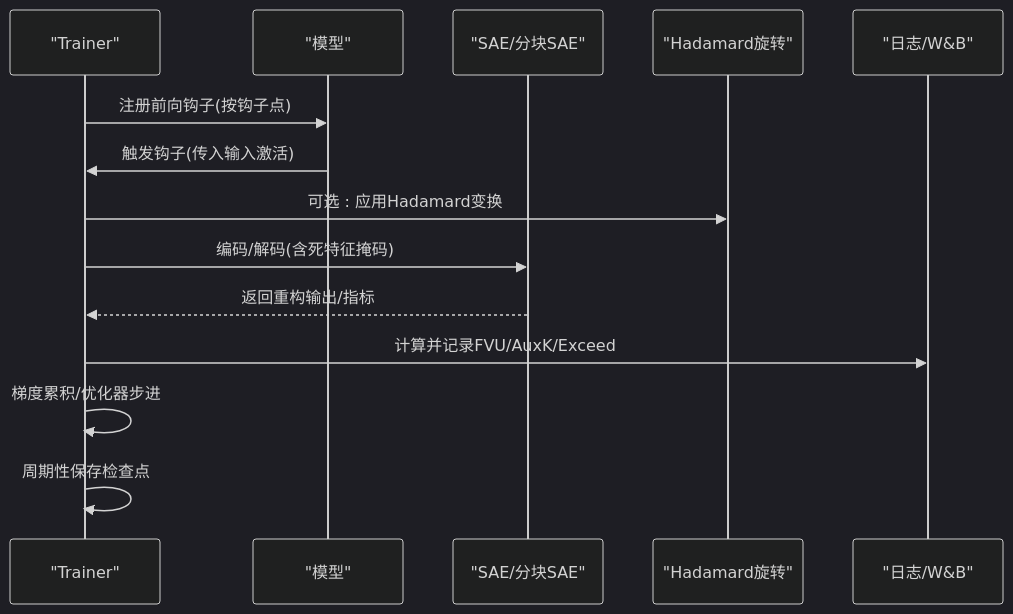
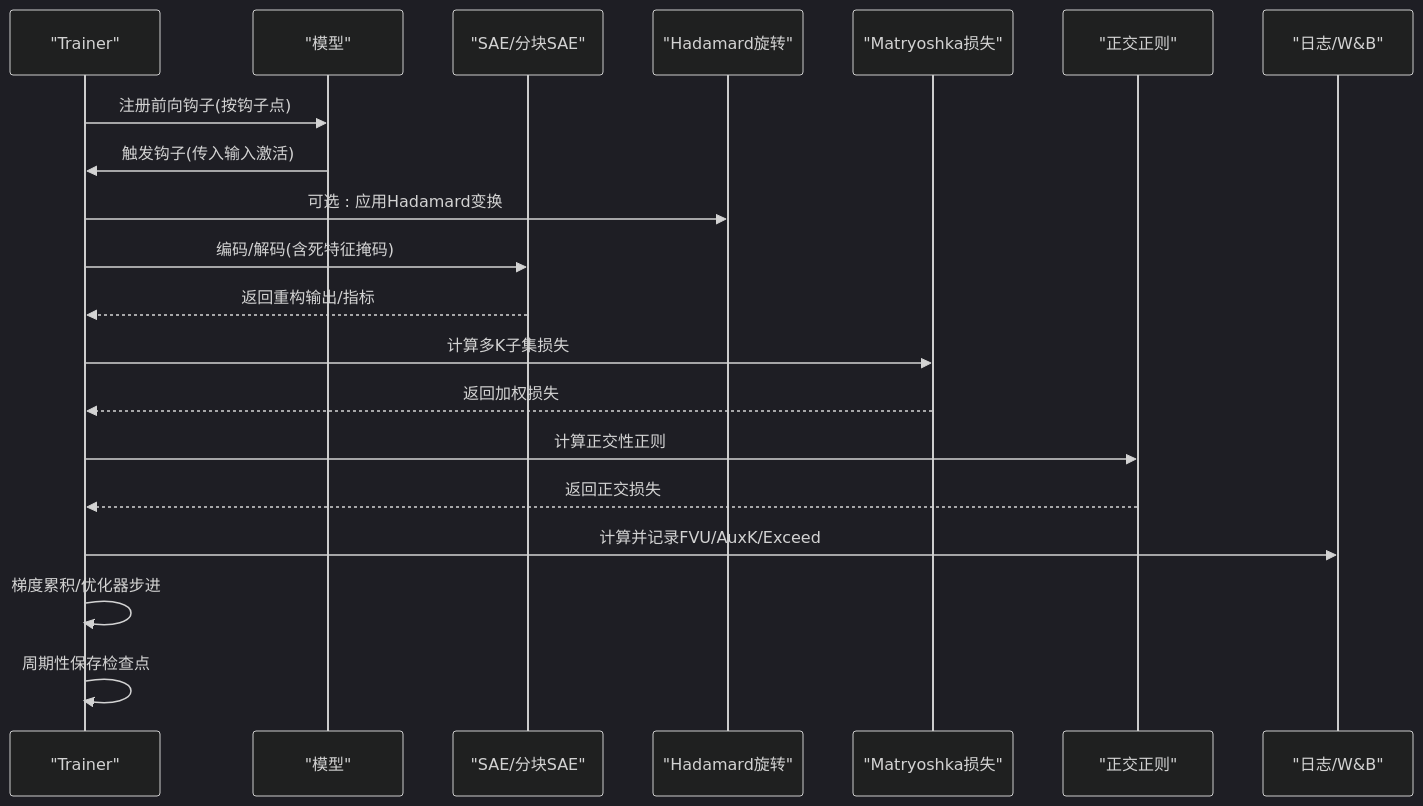
The fourth of 6 diagrams in .qoder/repowiki/zh/content/训练系统/配置管理系统.md (duanzhaol/sparsify), drawn with Mermaid (dark theme) before and after one commit. The commit also changed other lines of this file and 5 other files, not shown here.

````diff
--- a/.qoder/repowiki/zh/content/训练系统/配置管理系统.md
+++ b/.qoder/repowiki/zh/content/训练系统/配置管理系统.md
@@ -204,16 +254,22 @@
 ```mermaid
 sequenceDiagram
 participant TR as "Trainer"
 participant MP as "模型"
 participant SAE as "SAE/分块SAE"
 participant HAD as "Hadamard旋转"
+participant MAT as "Matryoshka损失"
+participant ORTHO as "正交正则"
 participant LOG as "日志/W&B"
 TR->>MP : 注册前向钩子(按钩子点)
 MP->>TR : 触发钩子(传入输入激活)
 TR->>HAD : 可选 : 应用Hadamard变换
 TR->>SAE : 编码/解码(含死特征掩码)
 SAE-->>TR : 返回重构输出/指标
+TR->>MAT : 计算多K子集损失
+MAT-->>TR : 返回加权损失
+TR->>ORTHO : 计算正交性正则
+ORTHO-->>TR : 返回正交损失
 TR->>LOG : 计算并记录FVU/AuxK/Exceed
 TR->>TR : 梯度累积/优化器步进
 TR->>TR : 周期性保存检查点
 ```
````
